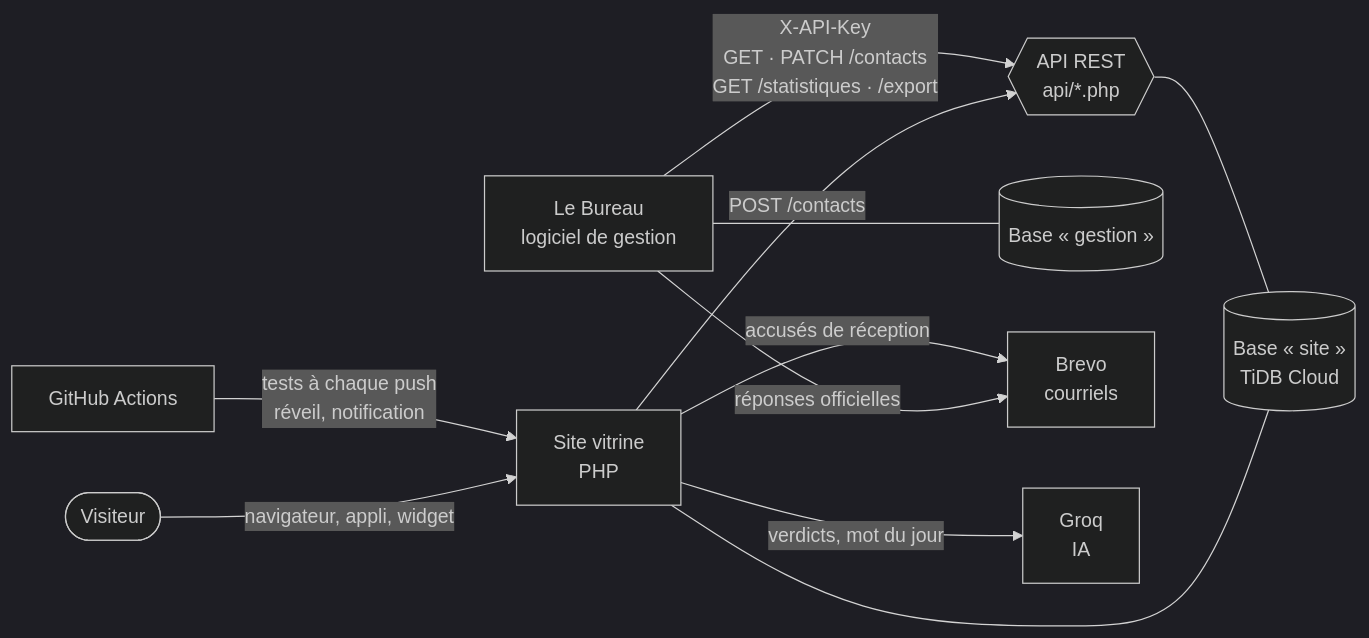
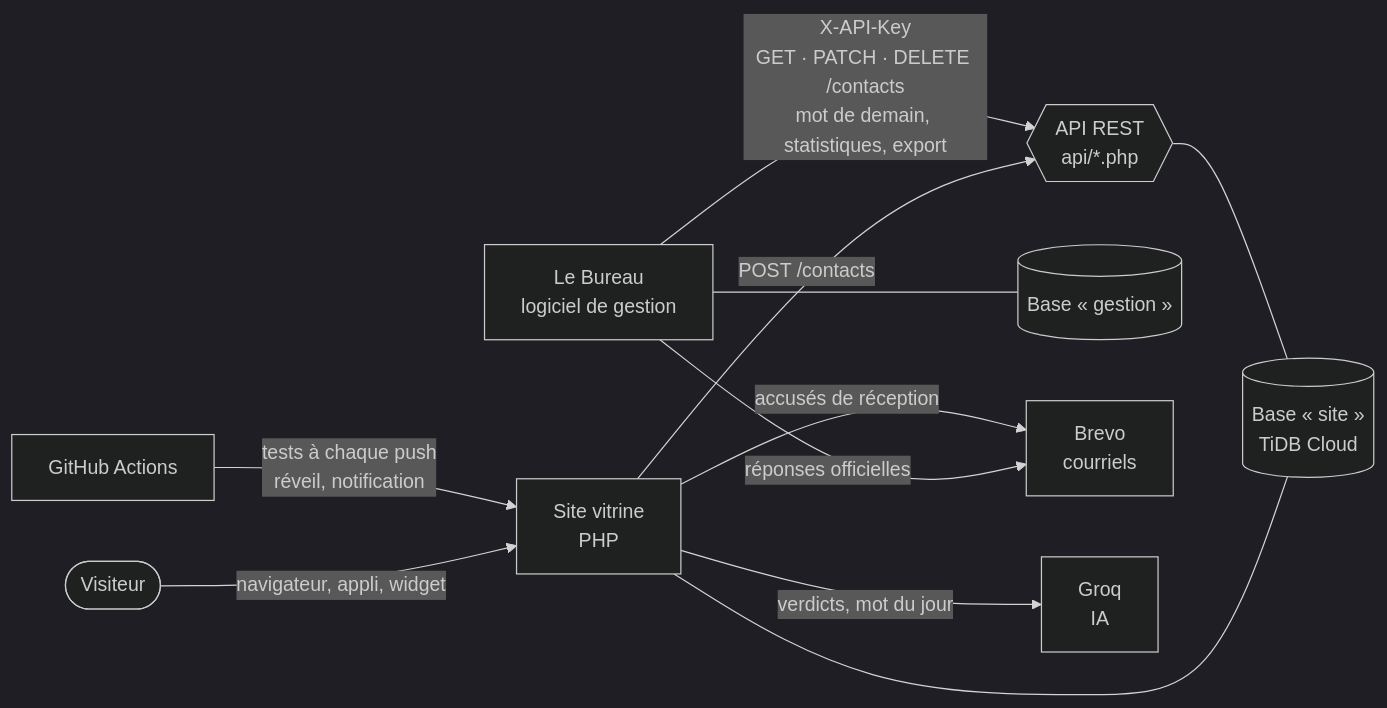
The second of 2 diagrams in README.md (Viktor59000/ConseilPlusPlus), drawn with Mermaid (dark theme) before and after one commit. The commit also changed other lines of this file and 17 other files, not shown here.

````diff
--- a/README.md
+++ b/README.md
@@ -50,13 +117,13 @@
 ```mermaid
 flowchart LR
     V([Visiteur]) -->|navigateur, appli, widget| S[Site vitrine<br/>PHP]
     S -->|POST /contacts| A{{API REST<br/>api/*.php}}
     S --- B[(Base « site »<br/>TiDB Cloud)]
     A --- B
-    G[Le Bureau<br/>logiciel de gestion] -->|X-API-Key<br/>GET · PATCH /contacts<br/>GET /statistiques · /export| A
+    G[Le Bureau<br/>logiciel de gestion] -->|X-API-Key<br/>GET · PATCH · DELETE /contacts<br/>mot de demain, statistiques, export| A
     G --- BG[(Base « gestion »)]
     G -->|réponses officielles| BR[Brevo<br/>courriels]
     S -->|accusés de réception| BR
     S -->|verdicts, mot du jour| GQ[Groq<br/>IA]
     GH[GitHub Actions] -->|tests à chaque push<br/>réveil, notification| S
 ```
````
